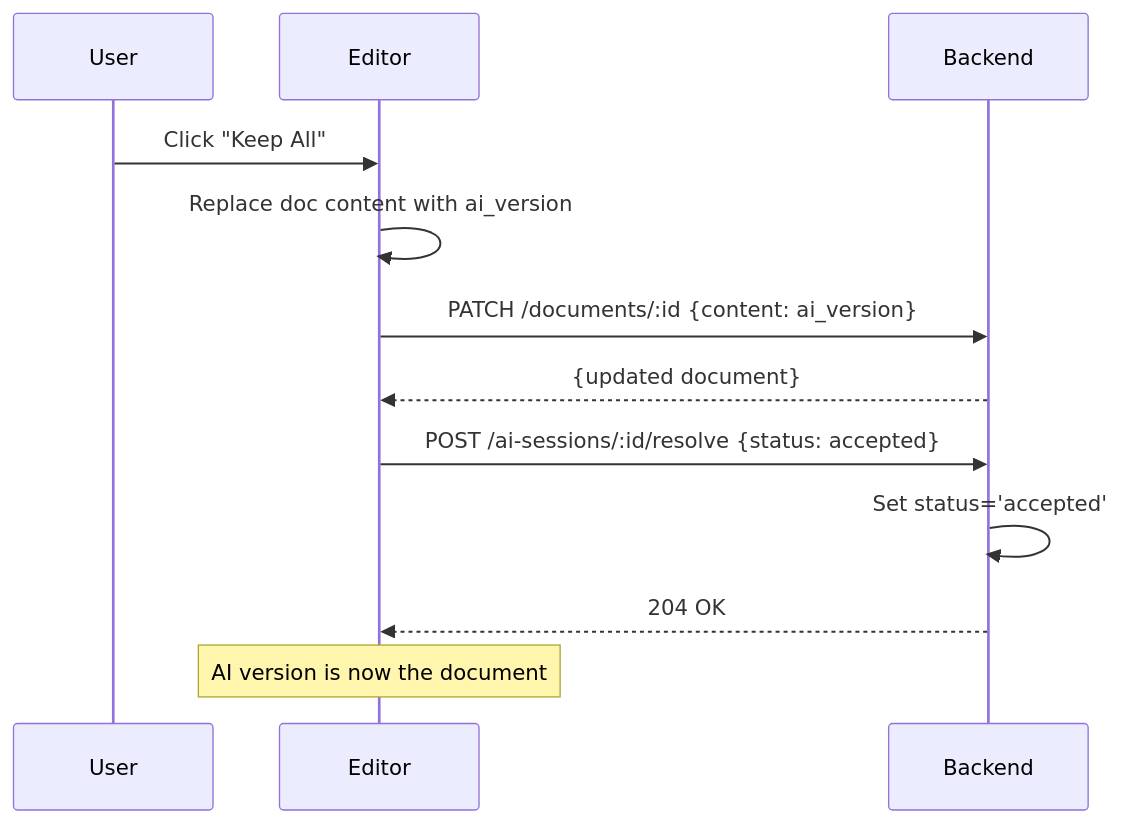
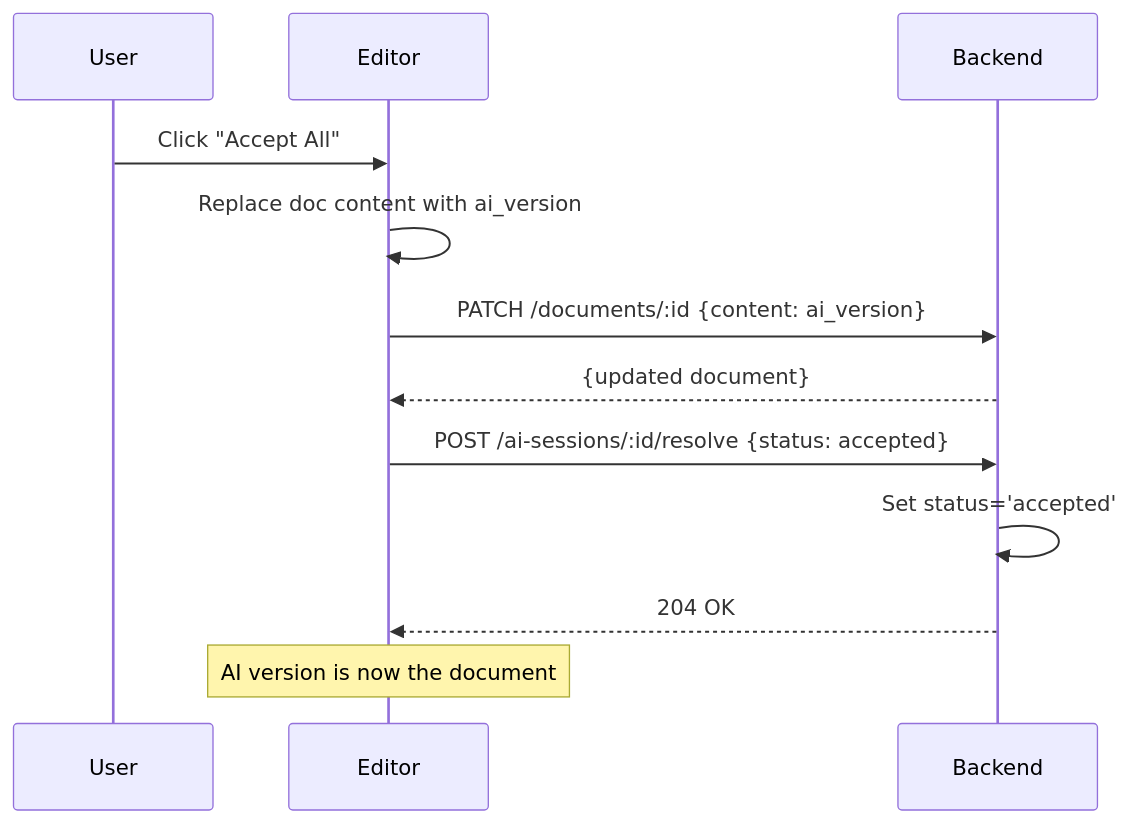
One commit to haowjy/meridian changed the second of 6 diagrams in _docs/plans/ai-editing/editing-flow.md. Above: the diagram before and after it, drawn with Mermaid. The commit also changed other lines of this file and 17 other files, not shown here.

````diff
--- a/_docs/plans/ai-editing/editing-flow.md
+++ b/_docs/plans/ai-editing/editing-flow.md
@@ -67,18 +67,18 @@
 ```mermaid
 sequenceDiagram
     participant User
     participant Editor
     participant Backend
 
-    User->>Editor: Click "Keep All"
+    User->>Editor: Click "Accept All"
 
     Editor->>Editor: Replace doc content with ai_version
     Editor->>Backend: PATCH /documents/:id {content: ai_version}
     Backend-->>Editor: {updated document}
 
     Editor->>Backend: POST /ai-sessions/:id/resolve {status: accepted}
     Backend->>Backend: Set status='accepted'
     Backend-->>Editor: 204 OK
 
     Note over Editor: AI version is now the document
 ```
````
